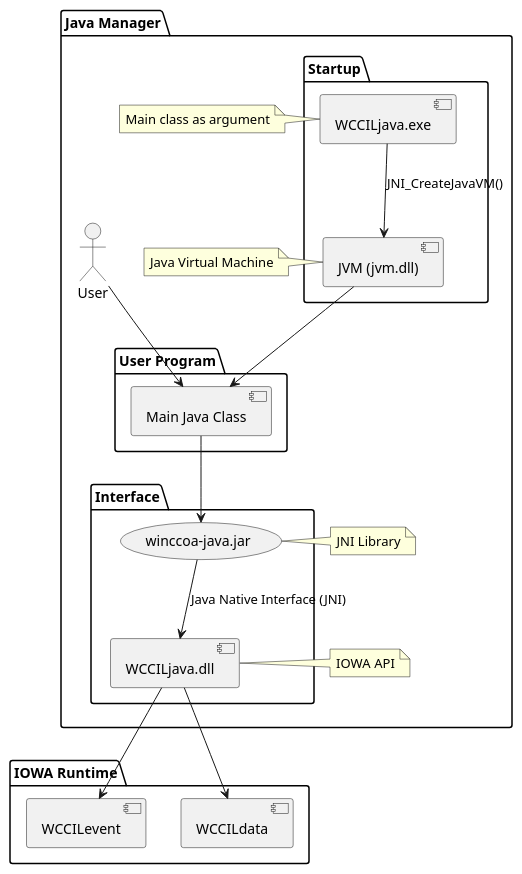
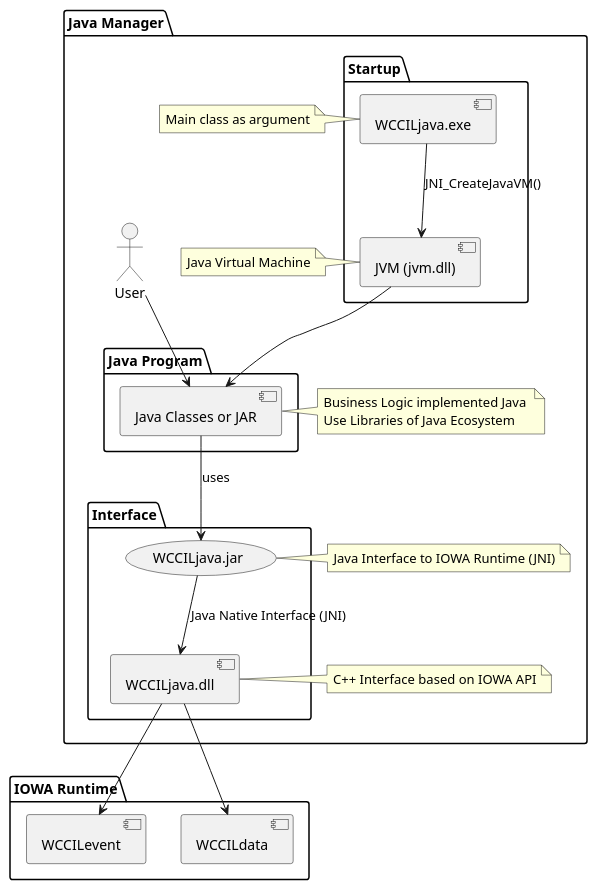
One commit to vogler75/oa4j changed the diagram in Native/ManagerV4/README-Architecture.puml. Above: the diagram before and after it, drawn with PlantUML. The commit also changed 1 other file, not shown here.

Commit message:
updated uml diagram

```diff
--- a/Native/ManagerV4/README-Architecture.puml
+++ b/Native/ManagerV4/README-Architecture.puml
@@ -1,39 +1,40 @@
 @startuml
 package "IOWA Runtime" {
     [WCCILevent]
     [WCCILdata]
 }
 package "Java Manager" {
 
     package "Startup" {
         [EXE] as "WCCILjava.exe"
         [JVM] as "JVM (jvm.dll)"        
     }
 
     package "Interface" {
-        (JAR) as "winccoa-java.jar"
+        (JAR) as "WCCILjava.jar"
         [DLL] as "WCCILjava.dll" 
     }
 
-    package "User Program" {
-        [PRG] as "Main Java Class"
-    }
+    package "Java Program" {
+        [PRG] as "Java Classes or JAR"
+    }    
 
     :User: --> [PRG]
 
+    note right of [PRG] : Business Logic implemented Java \nUse Libraries of Java Ecosystem
     note left of [EXE] : Main class as argument
     note left of [JVM] : Java Virtual Machine
-    note left of [JAR] : JNI Library
-    note left of [DLL] : IOWA API
+    note left of [JAR] : Java Interface to IOWA Runtime (JNI)
+    note left of [DLL] : C++ Interface based on IOWA API
 
     [EXE] --> [JVM] : "JNI_CreateJavaVM()"
     [JVM] --> [PRG]
 
-    [PRG] --> [JAR]
+    [PRG] --> [JAR] : uses
 
     [JAR] --> [DLL] : Java Native Interface (JNI)
 
     [DLL] --> [WCCILevent]
     [DLL] --> [WCCILdata]
 }
 @enduml
```
